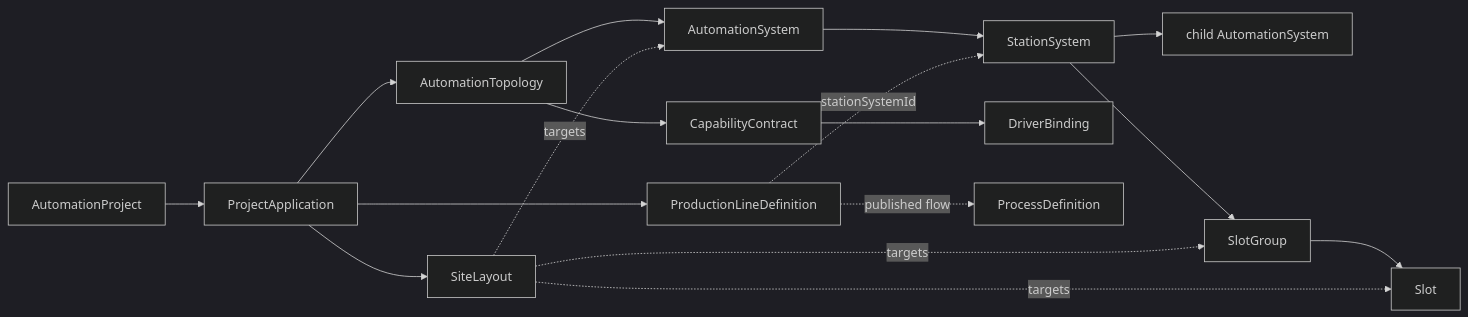
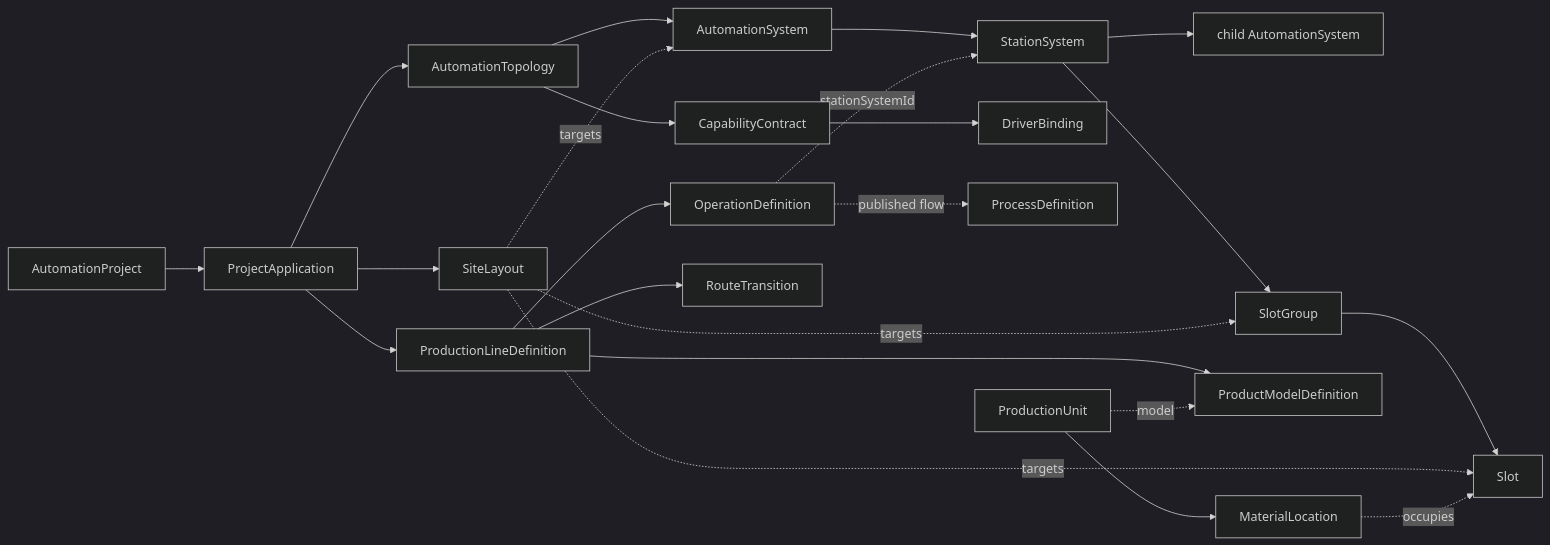
One commit to hjqcan/openlineops changed the first of 2 diagrams in docs/composable-building-block-architecture.md. Above: the diagram before and after it, drawn with Mermaid (dark theme). The commit also changed other lines of this file and 465 other files, not shown here.

````diff
--- a/docs/composable-building-block-architecture.md
+++ b/docs/composable-building-block-architecture.md
@@ -124,19 +139,25 @@
 ```mermaid
 flowchart LR
   Project["AutomationProject"] --> Application["ProjectApplication"]
   Application --> Topology["AutomationTopology"]
   Topology --> System["AutomationSystem"]
   System --> Station["StationSystem"]
   Station --> ChildSystem["child AutomationSystem"]
   Station --> Group["SlotGroup"]
   Group --> Slot["Slot"]
   Topology --> Capability["CapabilityContract"]
   Capability --> Binding["DriverBinding"]
   Application --> Layout["SiteLayout"]
   Layout -. "targets" .-> System
   Layout -. "targets" .-> Group
   Layout -. "targets" .-> Slot
   Application --> Line["ProductionLineDefinition"]
-  Line -. "stationSystemId" .-> Station
-  Line -. "published flow" .-> Flow["ProcessDefinition"]
+  Line --> Product["ProductModelDefinition"]
+  Line --> Operation["OperationDefinition"]
+  Line --> Route["RouteTransition"]
+  Operation -. "stationSystemId" .-> Station
+  Operation -. "published flow" .-> Flow["ProcessDefinition"]
+  Unit["ProductionUnit"] -. "model" .-> Product
+  Unit --> Location["MaterialLocation"]
+  Location -. "occupies" .-> Slot
 ```
````
